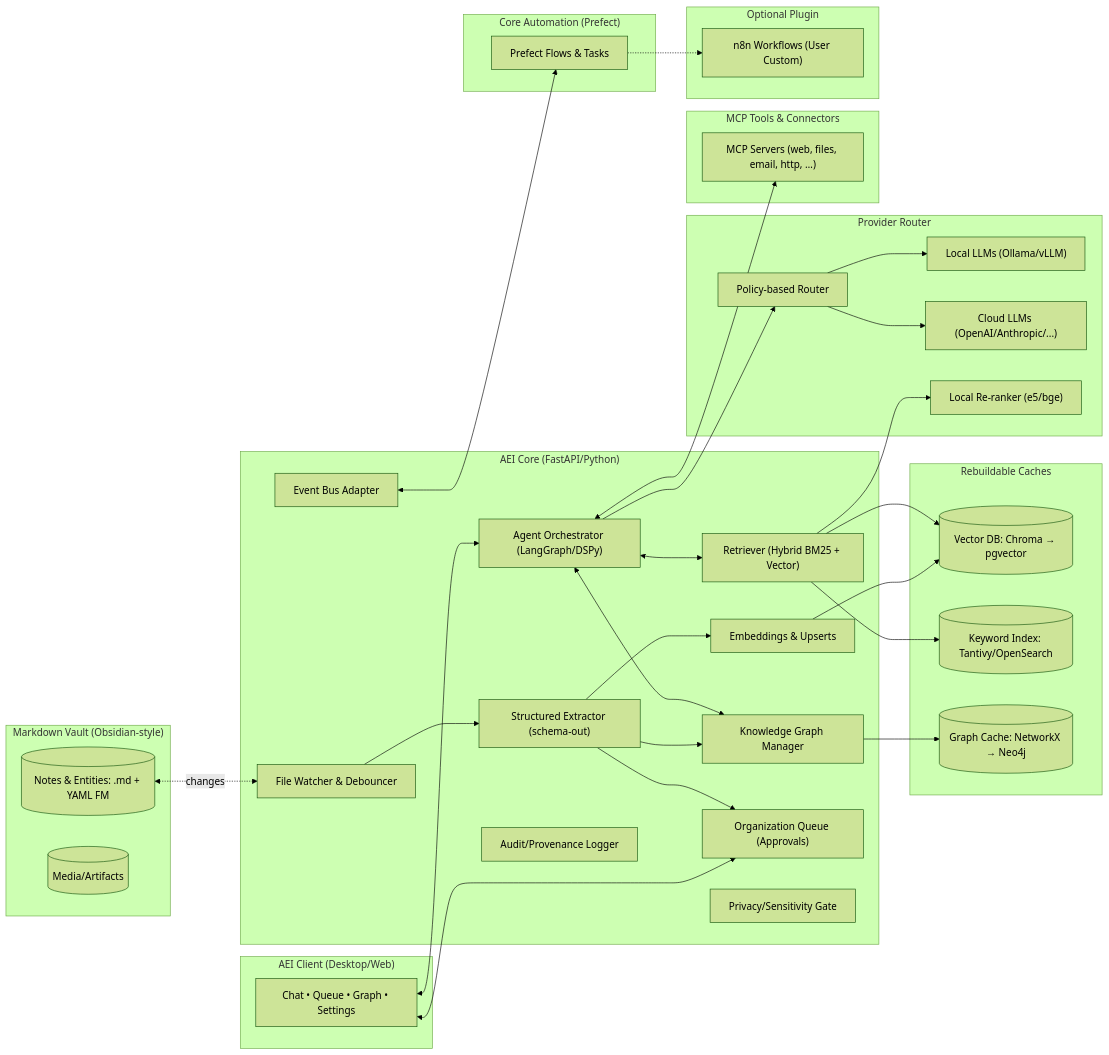
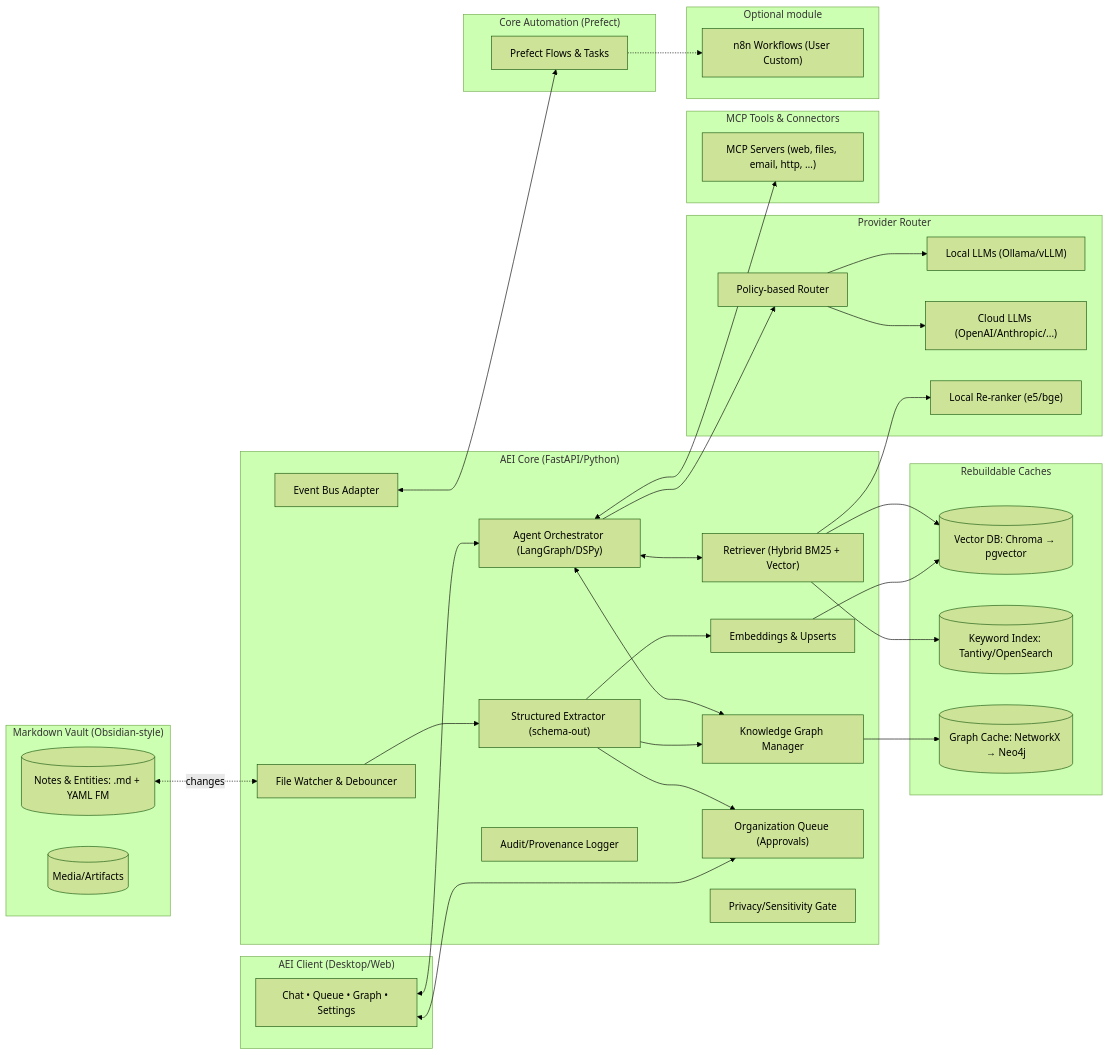
The diagram in docs/03-architecture/developer-migration-plan.md (dgparent/Second-Brain-Foundation), drawn with Mermaid (forest theme) before and after one commit. The commit also changed other lines of this file and 987 other files, not shown here.

````diff
--- a/docs/03-architecture/developer-migration-plan.md
+++ b/docs/03-architecture/developer-migration-plan.md
@@ -20,73 +20,73 @@
 ```mermaid
 flowchart LR
   %% Presentation
   subgraph Client["AEI Client (Desktop/Web)"]
     UI["Chat • Queue • Graph • Settings"]
   end
 
   %% Source of truth
   subgraph Vault["Markdown Vault (Obsidian‑style)"]
     Files[("Notes & Entities: .md + YAML FM")]
     Media[("Media/Artifacts")]
   end
 
   %% AEI Core (local‑first)
   subgraph AEI["AEI Core (FastAPI/Python)"]
     Watch["File Watcher & Debouncer"]
     Extract["Structured Extractor (schema‑out)"]
     Orchestrator["Agent Orchestrator (LangGraph/DSPy)"]
     RAG["Retriever (Hybrid BM25 + Vector)"]
     Indexer["Embeddings & Upserts"]
     GraphMgr["Knowledge Graph Manager"]
     Queue["Organization Queue (Approvals)"]
     Policy["Privacy/Sensitivity Gate"]
     Audit["Audit/Provenance Logger"]
     Events["Event Bus Adapter"]
   end
 
   %% Inference & data planes
   subgraph Providers["Provider Router"]
     Router["Policy‑based Router"]
     Local["Local LLMs (Ollama/vLLM)"]
     Cloud["Cloud LLMs (OpenAI/Anthropic/...)"]
     ReRank["Local Re‑ranker (e5/bge)"]
   end
 
   subgraph Stores["Rebuildable Caches"]
     VecDB[("Vector DB: Chroma → pgvector")]
     Invert[("Keyword Index: Tantivy/OpenSearch")]
     KGraph[("Graph Cache: NetworkX → Neo4j")]
   end
 
   %% Tools & Automations
   subgraph Tools["MCP Tools & Connectors"]
     MCP["MCP Servers (web, files, email, http, …)"]
   end
 
   subgraph Autom["Core Automation (Prefect)"]
     Prefect["Prefect Flows & Tasks"]
   end
   
-  subgraph Optional["Optional Plugin"]
+  subgraph Optional["Optional module"]
     n8n["n8n Workflows (User Custom)"]
   end
 
   UI <--> Orchestrator
   UI <--> Queue
   Files <-. changes .-> Watch
   Watch --> Extract --> Queue
   Extract --> GraphMgr --> KGraph
   Extract --> Indexer --> VecDB
   RAG --> VecDB
   RAG --> Invert
   Orchestrator <--> RAG
   Orchestrator <--> GraphMgr
   Orchestrator --> Router
   Router --> Local
   Router --> Cloud
   RAG --> ReRank
   Orchestrator <--> MCP
   Events <--> Prefect
   Prefect -.-> n8n
   AEI --> Audit
 ```
````
